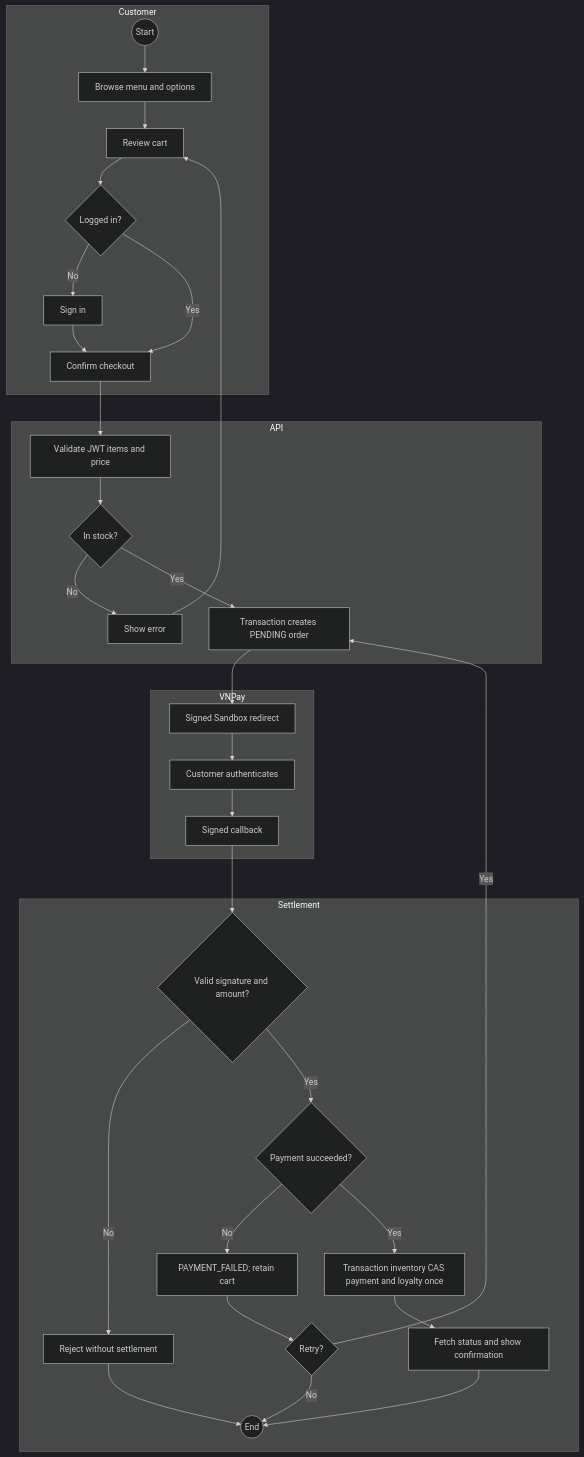
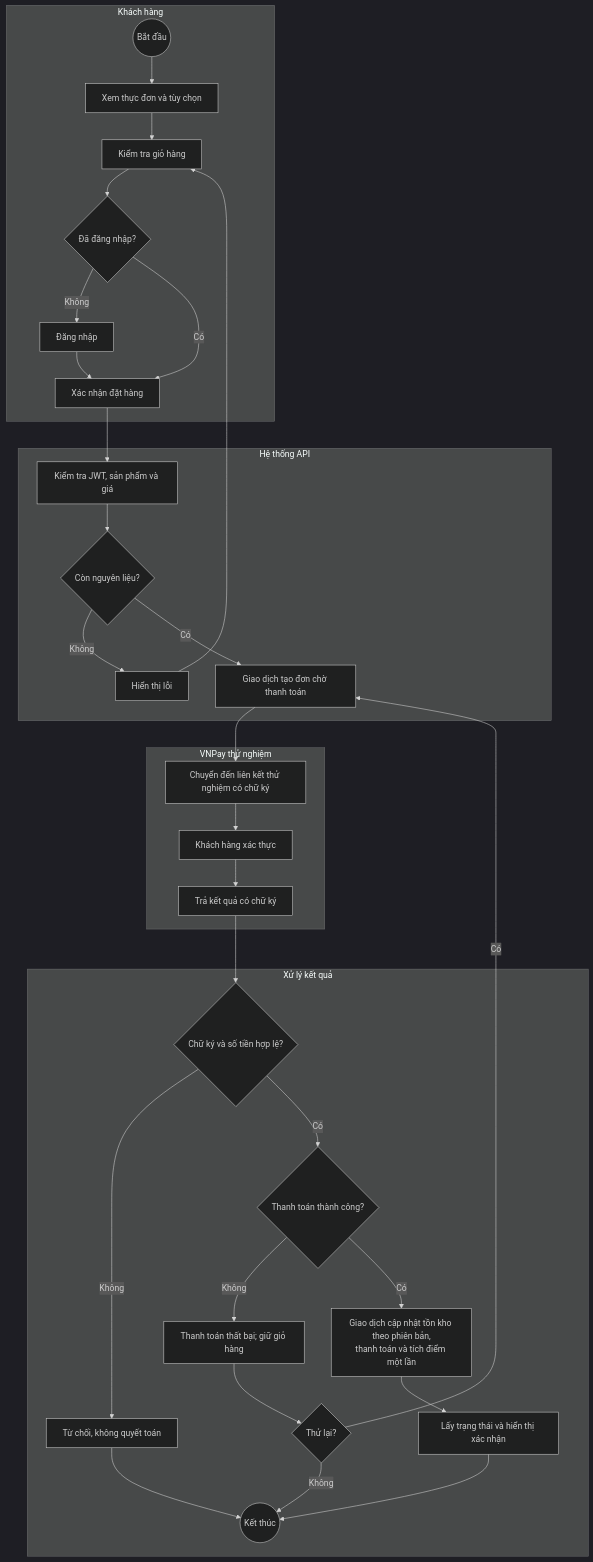
One commit to chuong4482/2_Assignment changed the diagram in docs/diagrams/activity-checkout.mmd. Above: the diagram before and after it, drawn with Mermaid (dark theme). The commit also changed 107 other files, not shown here.

```diff
--- a/docs/diagrams/activity-checkout.mmd
+++ b/docs/diagrams/activity-checkout.mmd
@@ -1,33 +1,33 @@
 flowchart TD
- subgraph Customer
- S((Start)) --> M[Browse menu and options] --> C[Review cart]
- C --> L{Logged in?}
- L -->|No| A[Sign in]
- A --> O[Confirm checkout]
- L -->|Yes| O
+ subgraph Customer[Khách hàng]
+ S((Bắt đầu)) --> M[Xem thực đơn và tùy chọn] --> C[Kiểm tra giỏ hàng]
+ C --> L{Đã đăng nhập?}
+ L -->|Không| A[Đăng nhập]
+ A --> O[Xác nhận đặt hàng]
+ L -->|Có| O
  end
- subgraph API
- O --> V[Validate JWT items and price]
- V --> I{In stock?}
- I -->|No| E[Show error]
+ subgraph API[Hệ thống API]
+ O --> V[Kiểm tra JWT, sản phẩm và giá]
+ V --> I{Còn nguyên liệu?}
+ I -->|Không| E[Hiển thị lỗi]
  E --> C
- I -->|Yes| P[Transaction creates PENDING order]
+ I -->|Có| P[Giao dịch tạo đơn chờ thanh toán]
  end
- subgraph VNPay
- P --> U[Signed Sandbox redirect]
- U --> B[Customer authenticates]
- B --> Q[Signed callback]
+ subgraph VNPay[VNPay thử nghiệm]
+ P --> U[Chuyển đến liên kết thử nghiệm có chữ ký]
+ U --> B[Khách hàng xác thực]
+ B --> Q[Trả kết quả có chữ ký]
  end
- subgraph Settlement
- Q --> K{Valid signature and amount?}
- K -->|No| R[Reject without settlement]
- K -->|Yes| F{Payment succeeded?}
- F -->|No| D[PAYMENT_FAILED; retain cart]
- D --> Y{Retry?}
- Y -->|Yes| P
- Y -->|No| Z((End))
- F -->|Yes| W[Transaction inventory CAS payment and loyalty once]
- W --> N[Fetch status and show confirmation]
+ subgraph Settlement[Xử lý kết quả]
+ Q --> K{Chữ ký và số tiền hợp lệ?}
+ K -->|Không| R[Từ chối, không quyết toán]
+ K -->|Có| F{Thanh toán thành công?}
+ F -->|Không| D[Thanh toán thất bại; giữ giỏ hàng]
+ D --> Y{Thử lại?}
+ Y -->|Có| P
+ Y -->|Không| Z((Kết thúc))
+ F -->|Có| W[Giao dịch cập nhật tồn kho theo phiên bản,<br/>thanh toán và tích điểm một lần]
+ W --> N[Lấy trạng thái và hiển thị xác nhận]
  N --> Z
  R --> Z
  end
```
